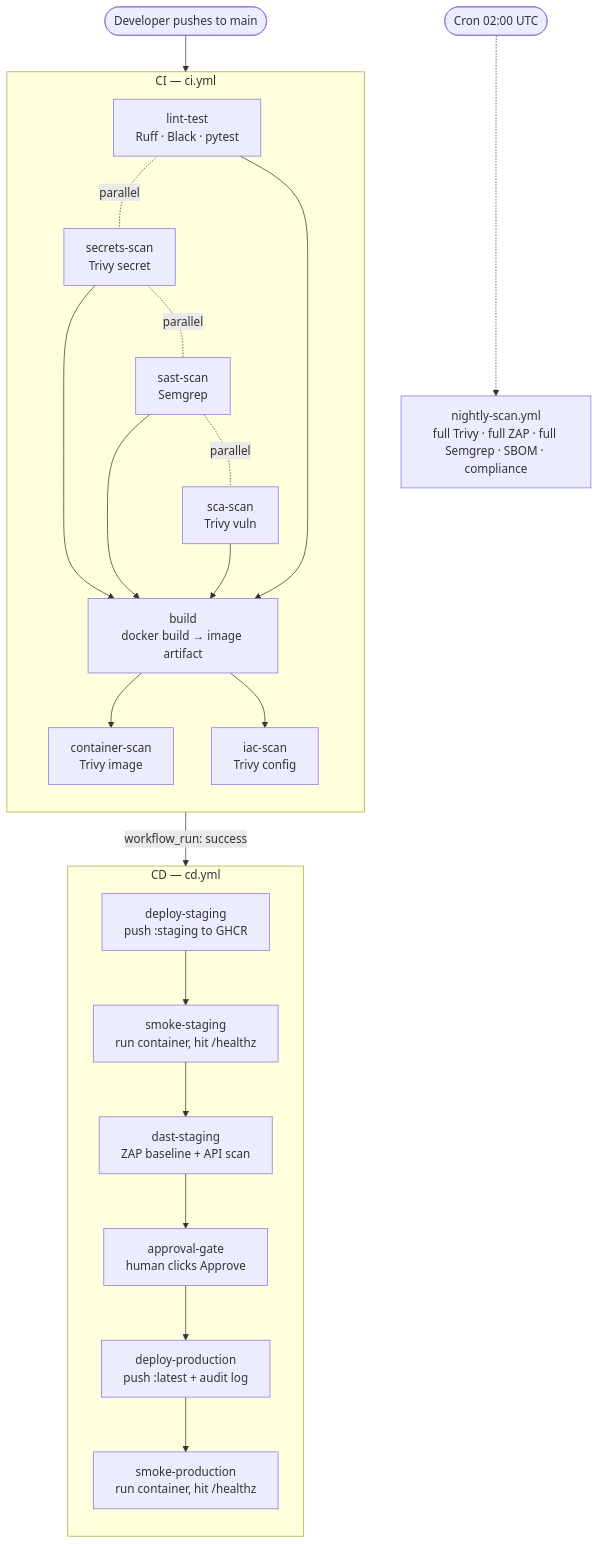
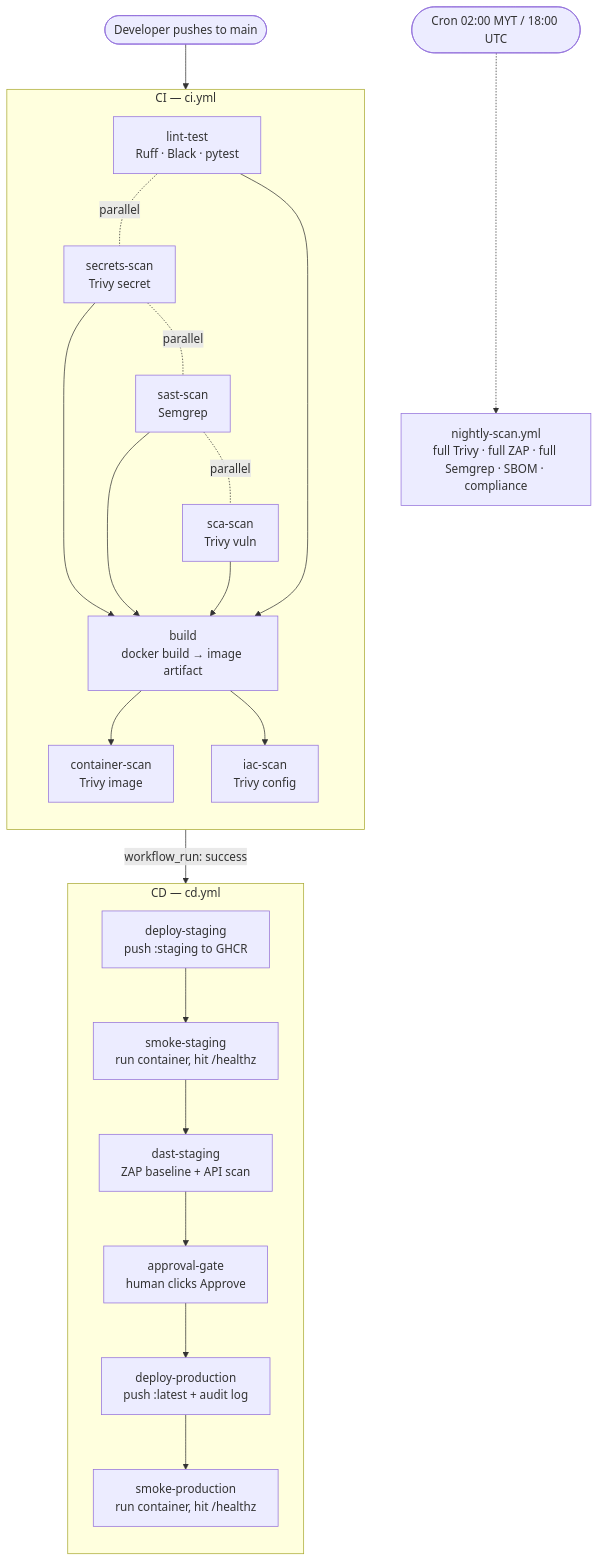
The diagram in PIPELINE-WALKTHROUGH.md (Denish02/DEVSECOPS), drawn with Mermaid before and after one commit. The commit also changed other lines of this file and 5 other files, not shown here.

First line of the commit message:
Adjust nightly scan schedule to Malaysia Time

````diff
--- a/PIPELINE-WALKTHROUGH.md
+++ b/PIPELINE-WALKTHROUGH.md
@@ -26,35 +26,35 @@
 ```mermaid
 flowchart TD
     dev([Developer pushes to main]) --> ci
 
     subgraph ci [CI — ci.yml]
         direction TB
         L[lint-test<br/>Ruff · Black · pytest]
         S1[secrets-scan<br/>Trivy secret]
         S2[sast-scan<br/>Semgrep]
         S3[sca-scan<br/>Trivy vuln]
         B[build<br/>docker build → image artifact]
         C1[container-scan<br/>Trivy image]
         C2[iac-scan<br/>Trivy config]
 
         L -.parallel.- S1 -.parallel.- S2 -.parallel.- S3
         S1 & S2 & S3 & L --> B
         B --> C1 & C2
     end
 
     ci -->|workflow_run: success| cd
 
     subgraph cd [CD — cd.yml]
         direction TB
         D1[deploy-staging<br/>push :staging to GHCR]
         SM1[smoke-staging<br/>run container, hit /healthz]
         Z[dast-staging<br/>ZAP baseline + API scan]
         AP[approval-gate<br/>human clicks Approve]
         D2[deploy-production<br/>push :latest + audit log]
         SM2[smoke-production<br/>run container, hit /healthz]
 
         D1 --> SM1 --> Z --> AP --> D2 --> SM2
     end
 
-    night([Cron 02:00 UTC]) -.-> nightly[nightly-scan.yml<br/>full Trivy · full ZAP · full Semgrep · SBOM · compliance]
+    night([Cron 02:00 MYT / 18:00 UTC]) -.-> nightly[nightly-scan.yml<br/>full Trivy · full ZAP · full Semgrep · SBOM · compliance]
 ```
````
